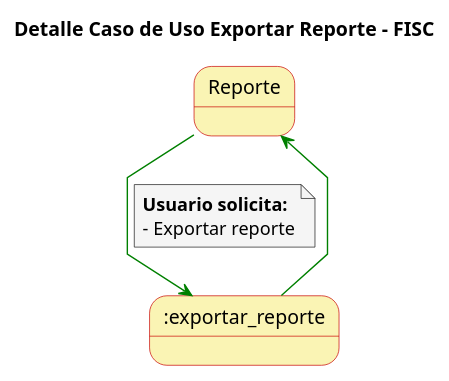
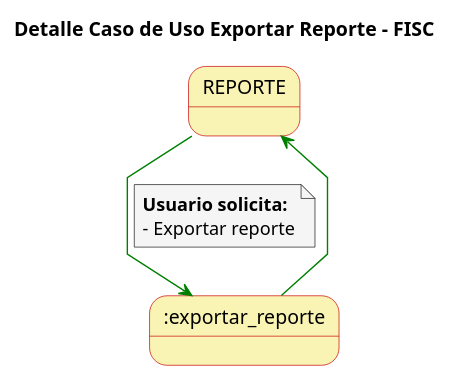
The diagram in casosDeUso/detallesCasosUso/detalleCasoUsoExportarReporte.puml (mmasias/23-24-IdSw1-SDR), drawn with PlantUML before and after one commit. The commit also changed 20 other files, not shown here.

```diff
--- a/casosDeUso/detallesCasosUso/detalleCasoUsoExportarReporte.puml
+++ b/casosDeUso/detallesCasosUso/detalleCasoUsoExportarReporte.puml
@@ -1,25 +1,25 @@
 @startuml
 
 skinparam state {
   BackgroundColor #faf4b4
   BorderColor #c90000
 }
 
 skinparam note {
   BackgroundColor #f5f5f5
 }
 
 skinparam linetype polyline
 
 title Detalle Caso de Uso Exportar Reporte - FISC
 
 
-Reporte -[#green]-> :exportar_reporte 
+REPORTE-[#green]-> :exportar_reporte 
 note on link
   **Usuario solicita:**
   - Exportar reporte
 end note
   
-:exportar_reporte -[#green]-> Reporte
+:exportar_reporte -[#green]-> REPORTE
 
 @enduml
```
